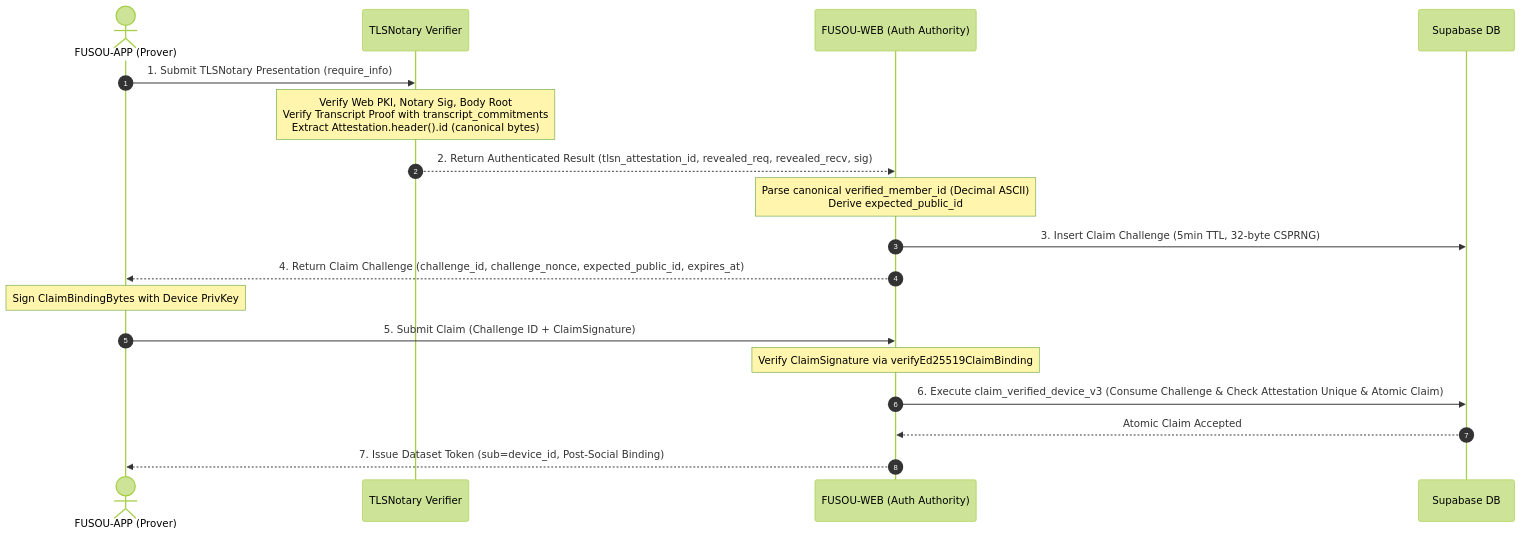
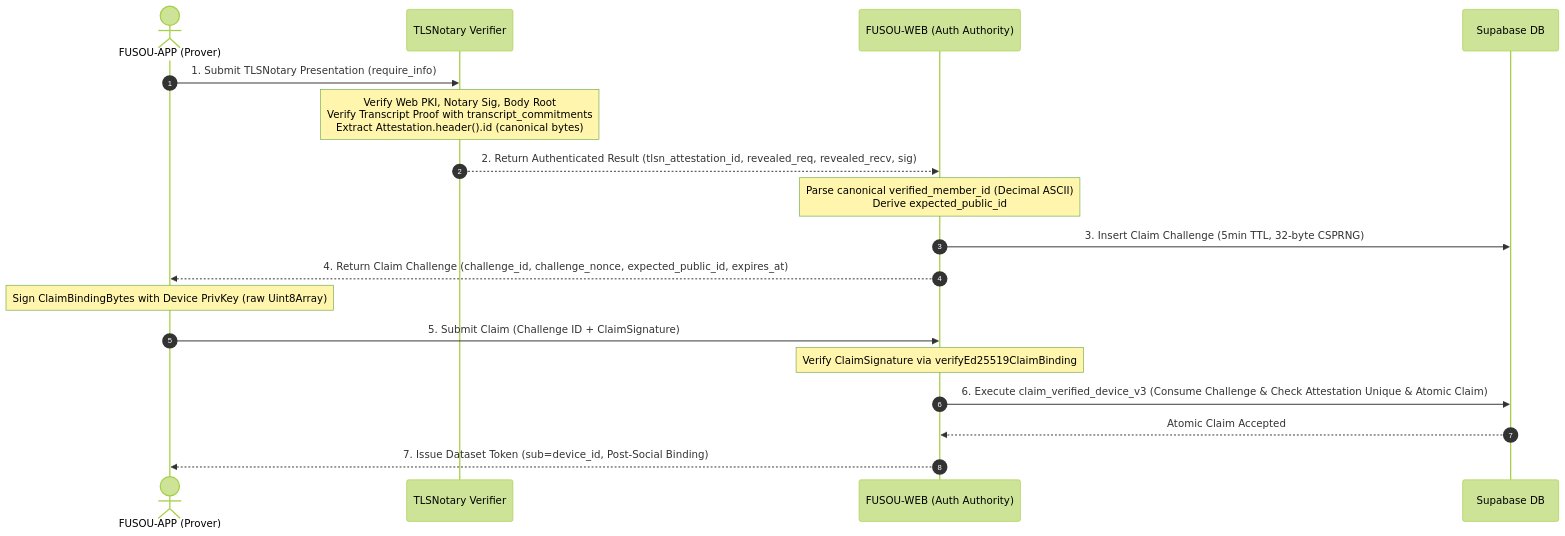
Before and after one commit to tsukasa-u/FUSOU: the second of 2 diagrams in docs/operations/member-id-preemptive-attack-and-recovery.md, drawn with Mermaid (forest theme). The commit also changed other lines of this file and 1 other file, not shown here.

````diff
--- a/docs/operations/member-id-preemptive-attack-and-recovery.md
+++ b/docs/operations/member-id-preemptive-attack-and-recovery.md
@@ -271,21 +277,21 @@
 ```mermaid
 sequenceDiagram
     autonumber
     actor Client as FUSOU-APP (Prover)
     participant Verifier as TLSNotary Verifier
     participant Web as FUSOU-WEB (Auth Authority)
     participant DB as Supabase DB
 
     Client->>Verifier: 1. Submit TLSNotary Presentation (require_info)
     Note over Verifier: Verify Web PKI, Notary Sig, Body Root<br/>Verify Transcript Proof with transcript_commitments<br/>Extract Attestation.header().id (canonical bytes)
     Verifier-->>Web: 2. Return Authenticated Result (tlsn_attestation_id, revealed_req, revealed_recv, sig)
     Note over Web: Parse canonical verified_member_id (Decimal ASCII)<br/>Derive expected_public_id
     Web->>DB: 3. Insert Claim Challenge (5min TTL, 32-byte CSPRNG)
     Web-->>Client: 4. Return Claim Challenge (challenge_id, challenge_nonce, expected_public_id, expires_at)
-    Note over Client: Sign ClaimBindingBytes with Device PrivKey
+    Note over Client: Sign ClaimBindingBytes with Device PrivKey (raw Uint8Array)
     Client->>Web: 5. Submit Claim (Challenge ID + ClaimSignature)
     Note over Web: Verify ClaimSignature via verifyEd25519ClaimBinding
     Web->>DB: 6. Execute claim_verified_device_v3 (Consume Challenge & Check Attestation Unique & Atomic Claim)
     DB-->>Web: Atomic Claim Accepted
     Web-->>Client: 7. Issue Dataset Token (sub=device_id, Post-Social Binding)
 ```
````
